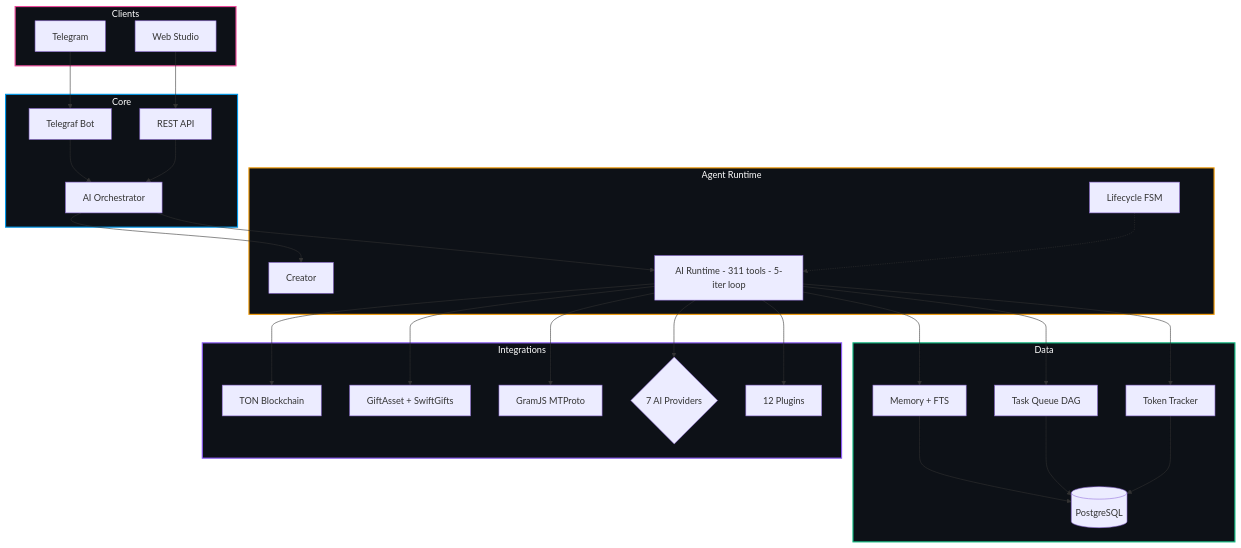
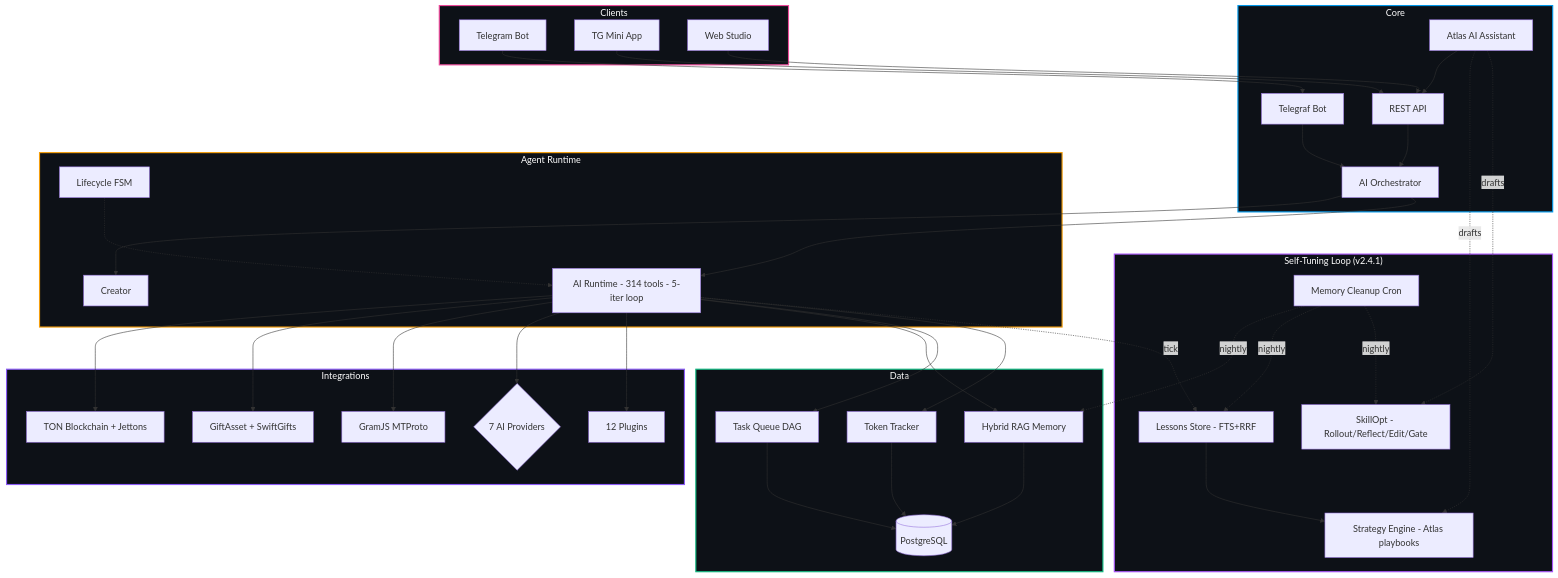
One commit to uheartattack/TonAgentPlatform changed the diagram in README.md. Above: the diagram before and after it, drawn with Mermaid. The commit also changed other lines of this file, not shown here.

First line of the commit message:
docs(readme): refresh for v2.4.1 — Self-Tuning Agents + Mini App + Jetton Launchpad

````diff
--- a/README.md
+++ b/README.md
@@ -124,47 +134,63 @@
 ```mermaid
 graph TB
     subgraph Clients["Clients"]
-        TG[Telegram]
+        TG[Telegram Bot]
+        MiniApp[TG Mini App]
         Web[Web Studio]
     end
 
     subgraph Core["Core"]
         Bot[Telegraf Bot]
         API[REST API]
         Orch[AI Orchestrator]
+        Atlas[Atlas AI Assistant]
     end
 
     subgraph Runtime["Agent Runtime"]
         Creator[Creator]
-        AIRuntime[AI Runtime - 311 tools - 5-iter loop]
+        AIRuntime[AI Runtime - 314 tools - 5-iter loop]
         Lifecycle[Lifecycle FSM]
+    end
+
+    subgraph Learning["Self-Tuning Loop (v2.4.1)"]
+        Lessons[Lessons Store - FTS+RRF]
+        Strategies[Strategy Engine - Atlas playbooks]
+        SkillOpt[SkillOpt - Rollout/Reflect/Edit/Gate]
+        Cleanup[Memory Cleanup Cron]
     end
 
     subgraph Data["Data"]
         DB[(PostgreSQL)]
-        Memory[Memory + FTS]
+        Memory[Hybrid RAG Memory]
         Tasks[Task Queue DAG]
         Tokens[Token Tracker]
     end
 
     subgraph Integrations["Integrations"]
-        TON[TON Blockchain]
+        TON[TON Blockchain + Jettons]
         Gifts[GiftAsset + SwiftGifts]
         Userbot[GramJS MTProto]
         AI{7 AI Providers}
         Plugins[12 Plugins]
     end
 
     TG --> Bot --> Orch
+    MiniApp --> API
     Web --> API --> Orch
+    Atlas --> API
     Orch --> Creator & AIRuntime
     AIRuntime --> TON & Gifts & Userbot & AI & Plugins
     AIRuntime --> Memory & Tasks & Tokens --> DB
+    AIRuntime -.tick.-> Lessons
+    Lessons --> Strategies
+    Atlas -.drafts.-> Strategies & SkillOpt
+    Cleanup -.nightly.-> Memory & Lessons & SkillOpt
     Lifecycle -.-> AIRuntime
 
     style Core fill:#0d1117,stroke:#0098EA,stroke-width:2px,color:#fff
     style Runtime fill:#0d1117,stroke:#f59e0b,stroke-width:2px,color:#fff
+    style Learning fill:#0d1117,stroke:#a855f7,stroke-width:2px,color:#fff
     style Data fill:#0d1117,stroke:#10b981,stroke-width:2px,color:#fff
     style Integrations fill:#0d1117,stroke:#8b5cf6,stroke-width:2px,color:#fff
     style Clients fill:#0d1117,stroke:#ec4899,stroke-width:2px,color:#fff
 ```
````
